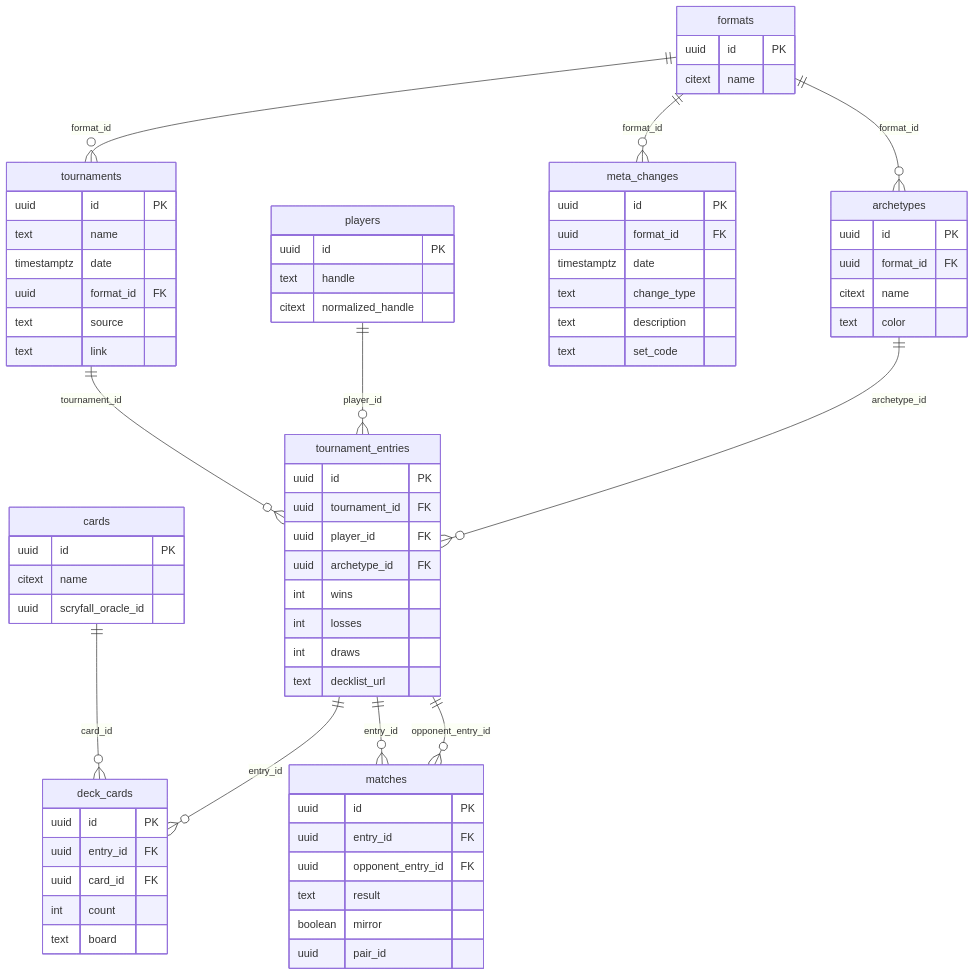
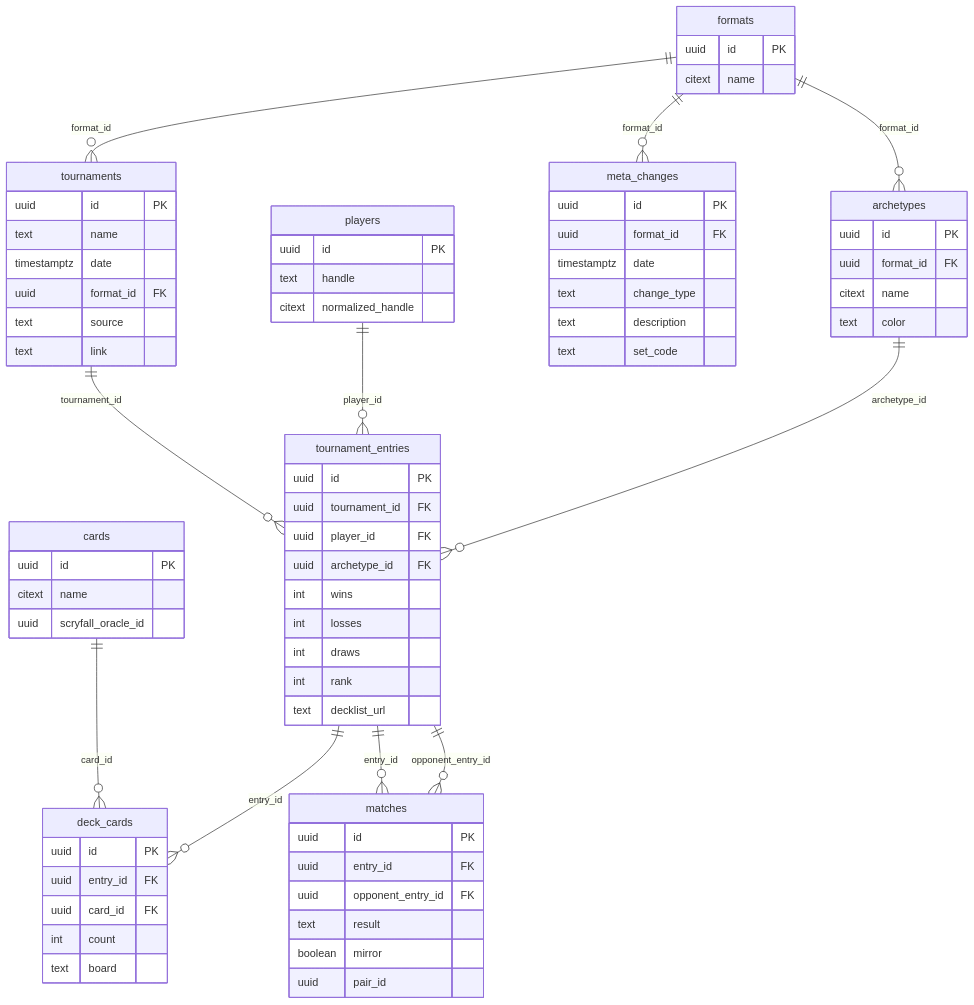
One commit to Jiliac/metamage changed the diagram in docs/schema.mmd. Above: the diagram before and after it, drawn with Mermaid. The commit also changed 2 other files, not shown here.

Commit message:
feat: add rank attribute in tournament entry

```diff
--- a/docs/schema.mmd
+++ b/docs/schema.mmd
@@ -1,95 +1,96 @@
 erDiagram
     %% Enumerations:
     %% - tournaments.source: MTGO | MELEE | OTHER
     %% - deck_cards.board: MAIN | SIDE
     %% - matches.result: WIN | LOSS | DRAW
     %% - meta_changes.change_type: BAN | SET_RELEASE
 
     formats {
         uuid id PK
         citext name
     }
 
     meta_changes {
         uuid id PK
         uuid format_id FK 
         timestamptz date 
         text change_type 
         text description
         text set_code
     }
 
     players {
         uuid id PK
         text handle 
         citext normalized_handle 
     }
 
     cards {
         uuid id PK
         citext name 
         uuid scryfall_oracle_id
     }
 
     archetypes {
         uuid id PK
         uuid format_id FK
         citext name 
         text color
         %% UNIQUE (format_id, name)
     }
 
     tournaments {
         uuid id PK
         text name 
         timestamptz date 
         uuid format_id FK 
         text source 
         text link
     }
 
     tournament_entries {
         uuid id PK
         uuid tournament_id FK 
         uuid player_id FK 
         uuid archetype_id FK 
         int wins 
         int losses 
         int draws 
+        int rank
         text decklist_url
         %% UNIQUE (tournament_id, player_id)
     }
 
     deck_cards {
         uuid id PK
         uuid entry_id FK 
         uuid card_id FK 
         int count 
         text board 
         %% board: MAIN | SIDE
         %% UNIQUE (entry_id, card_id, board)
     }
 
     matches {
         uuid id PK
         uuid entry_id FK 
         uuid opponent_entry_id FK 
         text result 
         boolean mirror 
         uuid pair_id
         %% result: WIN | LOSS | DRAW (from entry_id's perspective)
         %% pair_id: UUID shared by both rows of a real pairing
         %% To avoid double-counting in queries, aggregate by pair_id or filter to entry_id < opponent_entry_id
     }
 
     %% Relationships
     formats ||--o{ tournaments : "format_id"
     formats ||--o{ meta_changes : "format_id"
     formats ||--o{ archetypes : "format_id"
     tournaments ||--o{ tournament_entries : "tournament_id"
     players ||--o{ tournament_entries : "player_id"
     archetypes ||--o{ tournament_entries : "archetype_id"
     tournament_entries ||--o{ deck_cards : "entry_id"
     cards ||--o{ deck_cards : "card_id"
     tournament_entries ||--o{ matches : "entry_id"
     tournament_entries ||--o{ matches : "opponent_entry_id"
```
